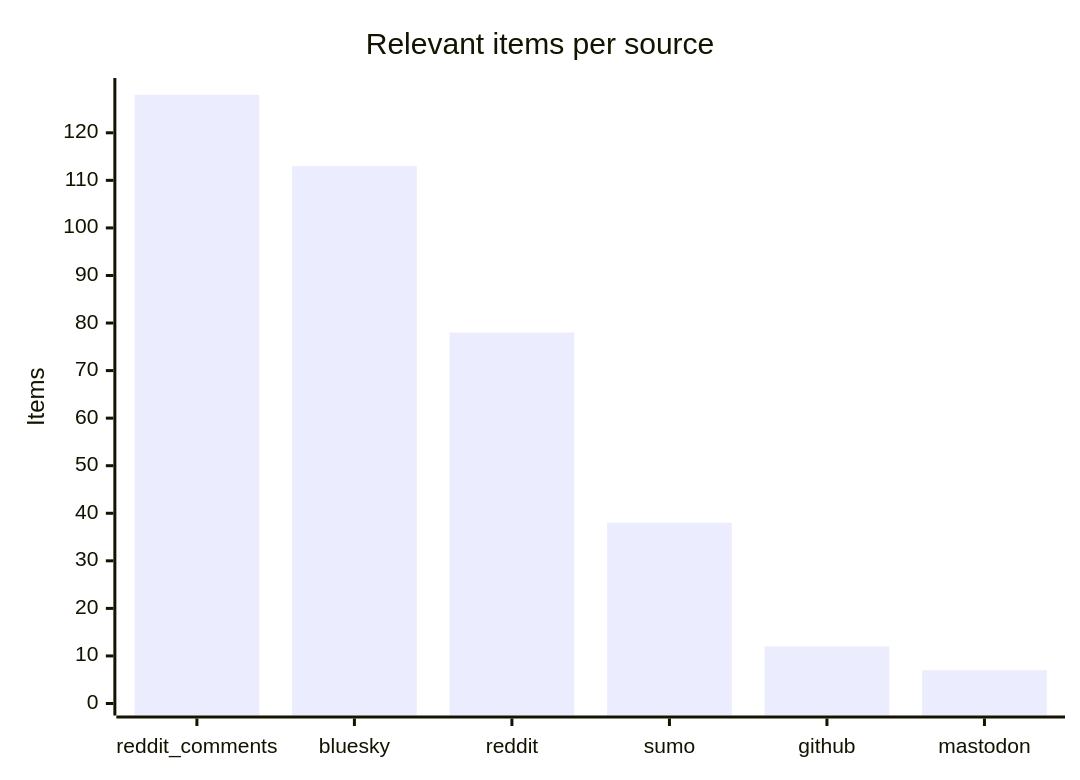
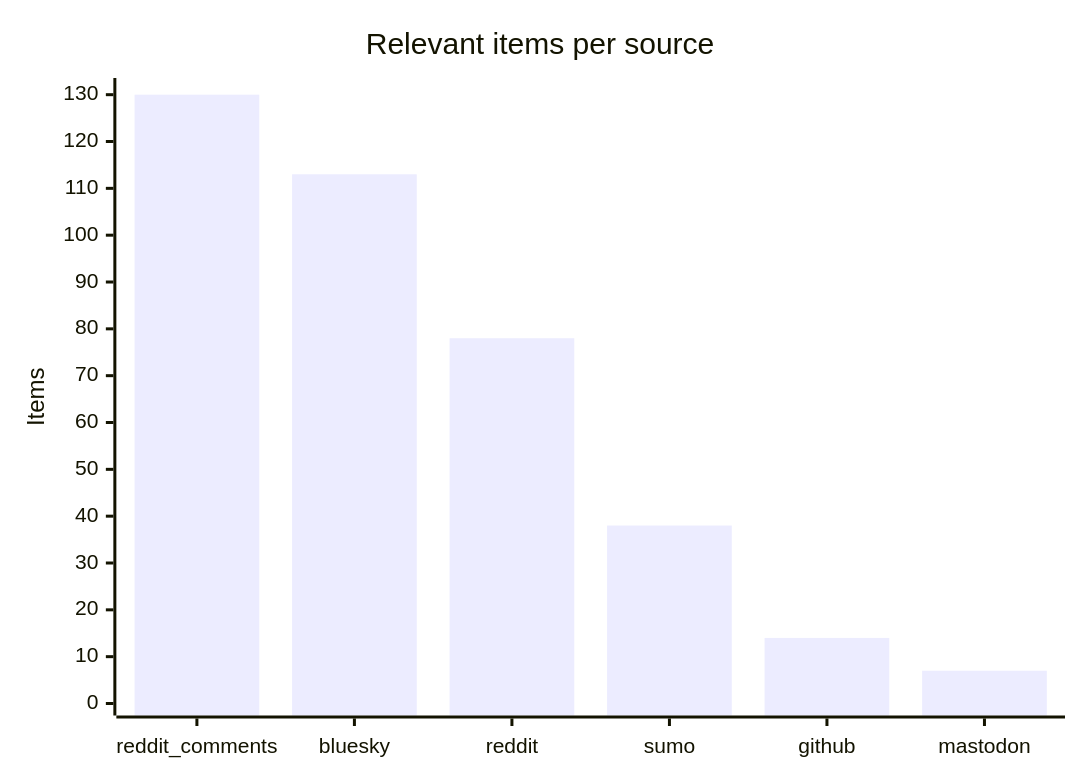
Before and after one commit to martinbalfanz/social-scanner-reports: the third of 4 diagrams in README.md, drawn with Mermaid. The commit also changed other lines of this file and 4 other files, not shown here.

````diff
--- a/README.md
+++ b/README.md
@@ -48,7 +48,7 @@
 ```mermaid
 xychart-beta
     title "Relevant items per source"
     x-axis ["reddit_comments", "bluesky", "reddit", "sumo", "github", "mastodon"]
-    y-axis "Items" 0 --> 129
-    bar [128, 113, 78, 38, 12, 7]
+    y-axis "Items" 0 --> 131
+    bar [130, 113, 78, 38, 14, 7]
 ```
````
